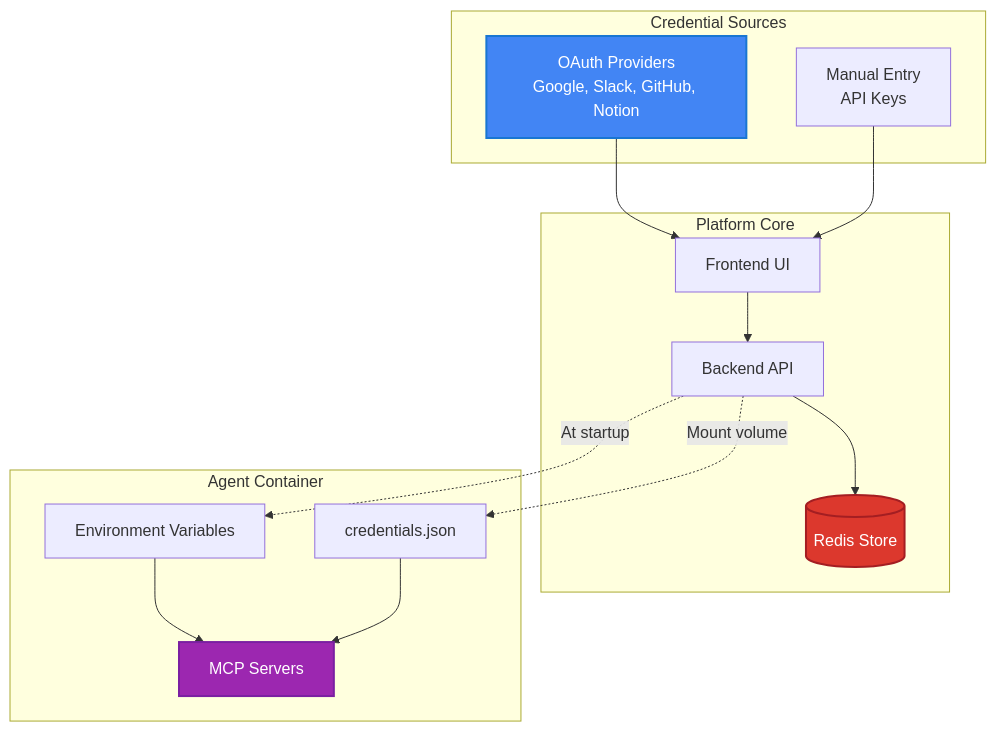
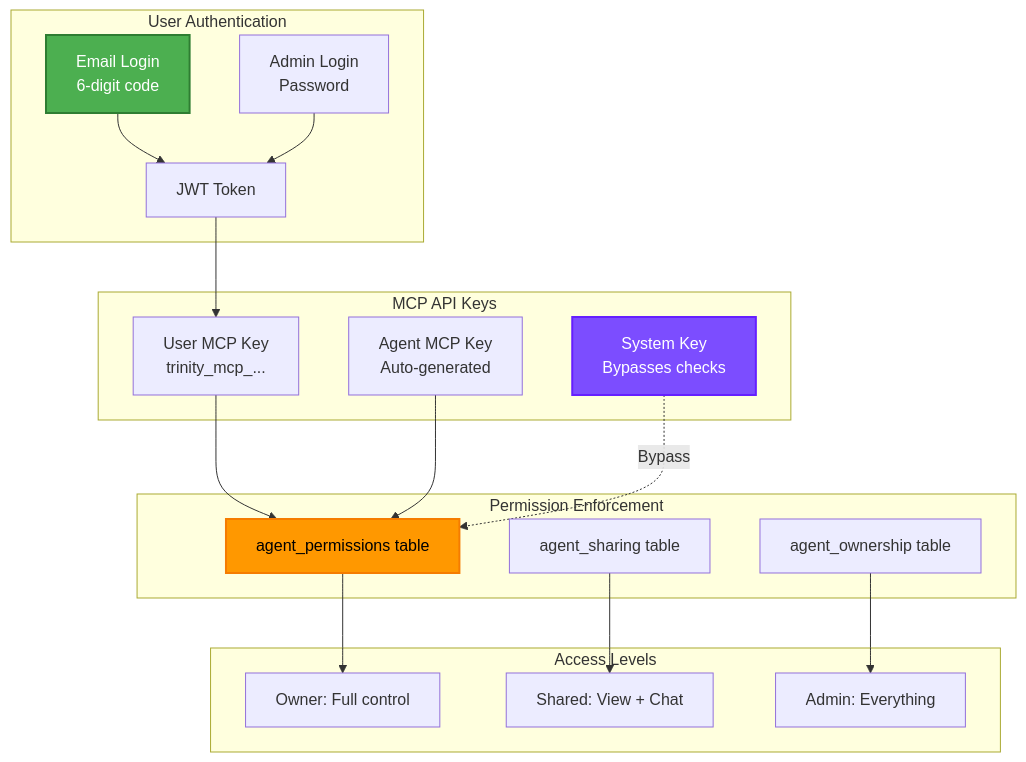
One commit to webmixgamer/trinity changed the seventh of 15 diagrams in docs/trinity-architecture-diagrams.md. Above: the diagram before and after it, drawn with Mermaid. The commit also changed other lines of this file and 83 other files, not shown here.

````diff
--- a/docs/trinity-architecture-diagrams.md
+++ b/docs/trinity-architecture-diagrams.md
@@ -173,33 +270,42 @@
 ```mermaid
 graph TB
-    subgraph "Credential Sources"
-        OAUTH[OAuth Providers<br/>Google, Slack, GitHub, Notion]
-        MANUAL[Manual Entry<br/>API Keys]
+    subgraph "User Authentication"
+        EMAIL[Email Login<br/>6-digit code]
+        ADMIN[Admin Login<br/>Password]
+        JWT[JWT Token]
     end
-    
-    subgraph "Platform Core"
-        UI[Frontend UI]
-        API[Backend API]
-        REDIS[(Redis Store)]
+
+    subgraph "MCP API Keys"
+        UKEY[User MCP Key<br/>trinity_mcp_...]
+        AKEY[Agent MCP Key<br/>Auto-generated]
+        SKEY[System Key<br/>Bypasses checks]
     end
-    
-    subgraph "Agent Container"
-        ENV[Environment Variables]
-        JSON[credentials.json]
-        MCP[MCP Servers]
+
+    subgraph "Permission Enforcement"
+        PERM[agent_permissions table]
+        SHARE[agent_sharing table]
+        OWN[agent_ownership table]
     end
-    
-    OAUTH --> UI
-    MANUAL --> UI
-    UI --> API
-    API --> REDIS
-    
-    API -.->|At startup| ENV
-    API -.->|Mount volume| JSON
-    ENV --> MCP
-    JSON --> MCP
-    
-    style OAUTH fill:#4285F4,stroke:#1976D2,stroke-width:2px,color:#fff
-    style REDIS fill:#DC382D,stroke:#A41E22,stroke-width:2px,color:#fff
-    style MCP fill:#9C27B0,stroke:#7B1FA2,stroke-width:2px,color:#fff
+
+    subgraph "Access Levels"
+        L1[Owner: Full control]
+        L2[Shared: View + Chat]
+        L3[Admin: Everything]
+    end
+
+    EMAIL --> JWT
+    ADMIN --> JWT
+    JWT --> UKEY
+
+    UKEY --> PERM
+    AKEY --> PERM
+    SKEY -.->|Bypass| PERM
+
+    PERM --> L1
+    SHARE --> L2
+    OWN --> L3
+
+    style EMAIL fill:#4CAF50,stroke:#2E7D32,stroke-width:2px,color:#fff
+    style SKEY fill:#7C4DFF,stroke:#651FFF,stroke-width:2px,color:#fff
+    style PERM fill:#FF9800,stroke:#F57C00,stroke-width:2px,color:#000
 ```
````
